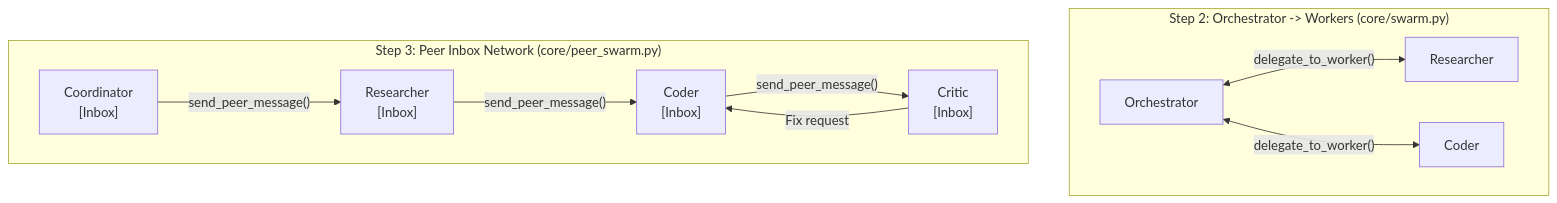
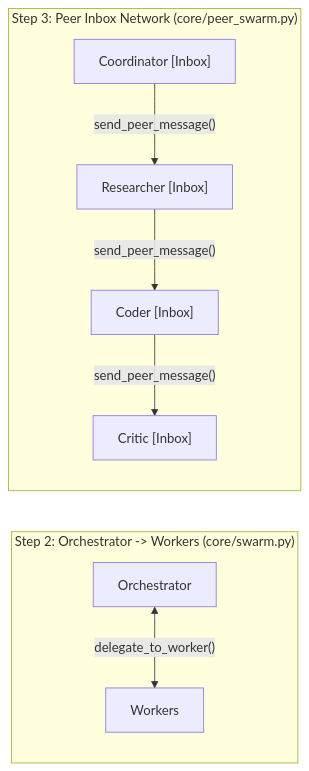
The diagram in ARCHITECTURE.md (Yakov-Gorochovsky/first-agent), drawn with Mermaid before and after one commit. The commit also changed other lines of this file and 15 other files, not shown here.

````diff
--- a/ARCHITECTURE.md
+++ b/ARCHITECTURE.md
@@ -68,14 +31,12 @@
 ```mermaid
-flowchart TB
+flowchart LR
     subgraph Step2["Step 2: Orchestrator -> Workers (core/swarm.py)"]
-        O["Orchestrator"] <-->|"delegate_to_worker()"| R1["Researcher"]
-        O <-->|"delegate_to_worker()"| C1["Coder"]
+        O["Orchestrator"] <-->|"delegate_to_worker()"| W["Workers"]
     end
 
     subgraph Step3["Step 3: Peer Inbox Network (core/peer_swarm.py)"]
-        P_Coord["Coordinator\n[Inbox]"] -->|"send_peer_message()"| P_Res["Researcher\n[Inbox]"]
-        P_Res -->|"send_peer_message()"| P_Cod["Coder\n[Inbox]"]
-        P_Cod -->|"send_peer_message()"| P_Crit["Critic\n[Inbox]"]
-        P_Crit -->|"Fix request"| P_Cod
+        C["Coordinator [Inbox]"] -->|"send_peer_message()"| R["Researcher [Inbox]"]
+        R -->|"send_peer_message()"| D["Coder [Inbox]"]
+        D -->|"send_peer_message()"| Q["Critic [Inbox]"]
     end
 ```
````
